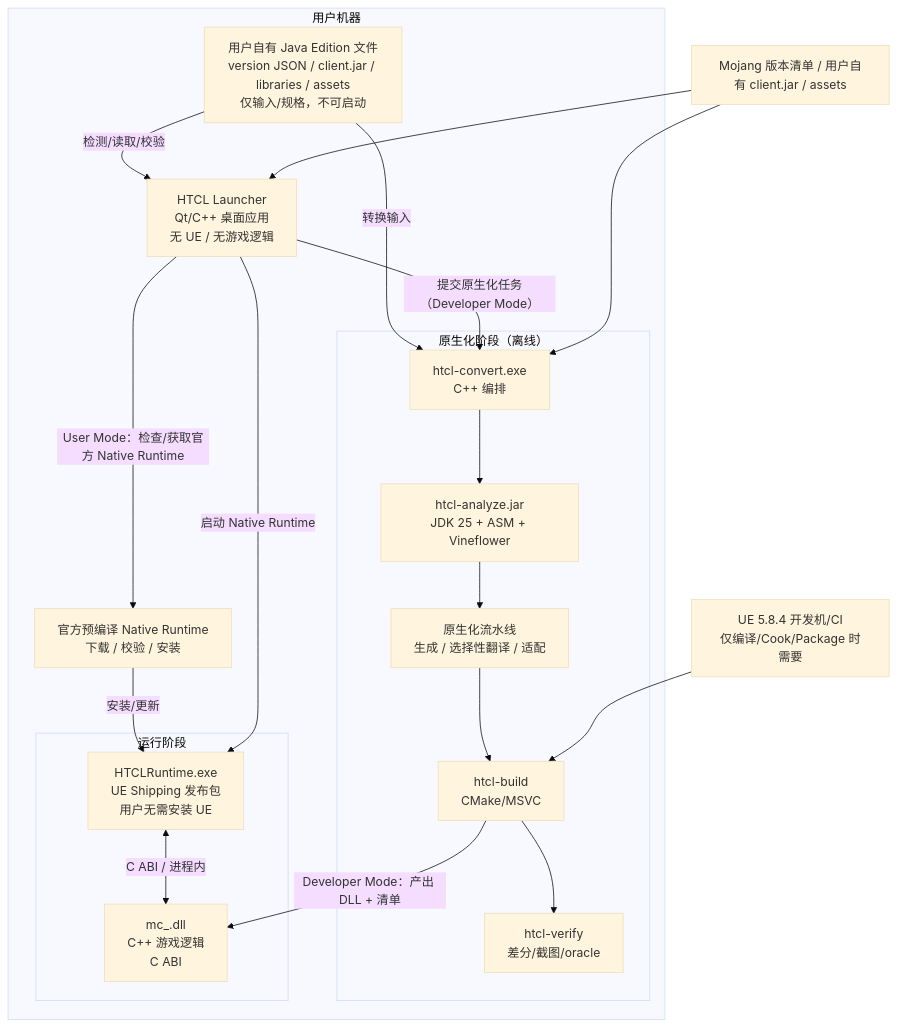
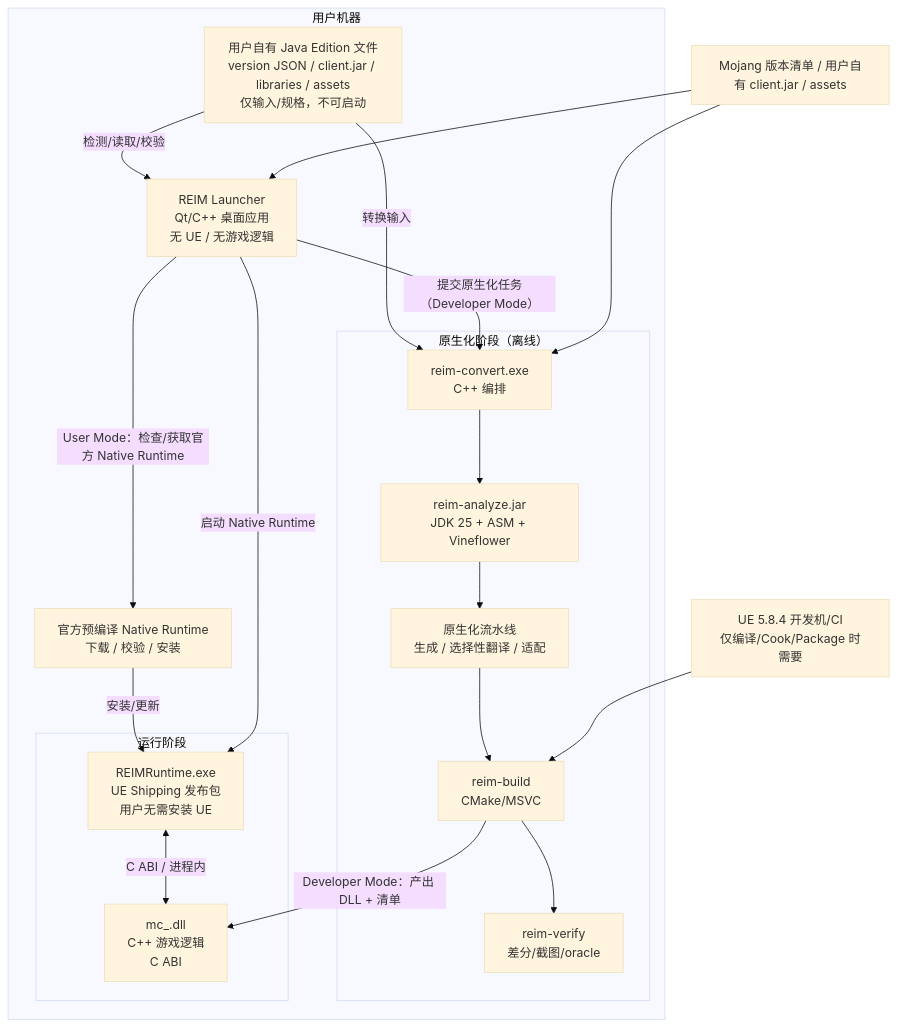
The diagram in docs/ARCHITECTURE.md (how114514/REIM-Launcher), drawn with Mermaid (base theme) before and after one commit. The commit also changed other lines of this file and 6 other files, not shown here.

Commit message:
Rename project to REIM Launcher

````diff
--- a/docs/ARCHITECTURE.md
+++ b/docs/ARCHITECTURE.md
@@ -370,34 +370,34 @@
 ```mermaid
 flowchart TB
   subgraph USER["用户机器"]
-    L["HTCL Launcher<br/>Qt/C++ 桌面应用<br/>无 UE / 无游戏逻辑"]
+    L["REIM Launcher<br/>Qt/C++ 桌面应用<br/>无 UE / 无游戏逻辑"]
 
     subgraph CONV["原生化阶段（离线）"]
-      C1["htcl-convert.exe<br/>C++ 编排"]
-      C2["htcl-analyze.jar<br/>JDK 25 + ASM + Vineflower"]
+      C1["reim-convert.exe<br/>C++ 编排"]
+      C2["reim-analyze.jar<br/>JDK 25 + ASM + Vineflower"]
       C3["原生化流水线<br/>生成 / 选择性翻译 / 适配"]
-      C4["htcl-build<br/>CMake/MSVC"]
-      C5["htcl-verify<br/>差分/截图/oracle"]
+      C4["reim-build<br/>CMake/MSVC"]
+      C5["reim-verify<br/>差分/截图/oracle"]
       C1 --> C2 --> C3 --> C4 --> C5
     end
 
     subgraph PLAY["运行阶段"]
-      R["HTCLRuntime.exe<br/>UE Shipping 发布包<br/>用户无需安装 UE"]
+      R["REIMRuntime.exe<br/>UE Shipping 发布包<br/>用户无需安装 UE"]
       D["mc_<version>.dll<br/>C++ 游戏逻辑<br/>C ABI"]
       R <-->|"C ABI / 进程内"| D
     end
 
     J["用户自有 Java Edition 文件<br/>version JSON / client.jar / libraries / assets<br/>仅输入/规格，不可启动"]
     J -->|"检测/读取/校验"| L
     J -->|"转换输入"| C1
     L -->|"提交原生化任务（Developer Mode）"| C1
     L -->|"User Mode：检查/获取官方 Native Runtime"| P["官方预编译 Native Runtime<br/>下载 / 校验 / 安装"]
     P -->|"安装/更新"| R
     L -->|"启动 Native Runtime"| R
     C4 -->|"Developer Mode：产出 DLL + 清单"| D
   end
 
   M["Mojang 版本清单 / 用户自有 client.jar / assets"] --> L
   M --> C1
   U["UE 5.8.4 开发机/CI<br/>仅编译/Cook/Package 时需要"] --> C4
 ```
````
